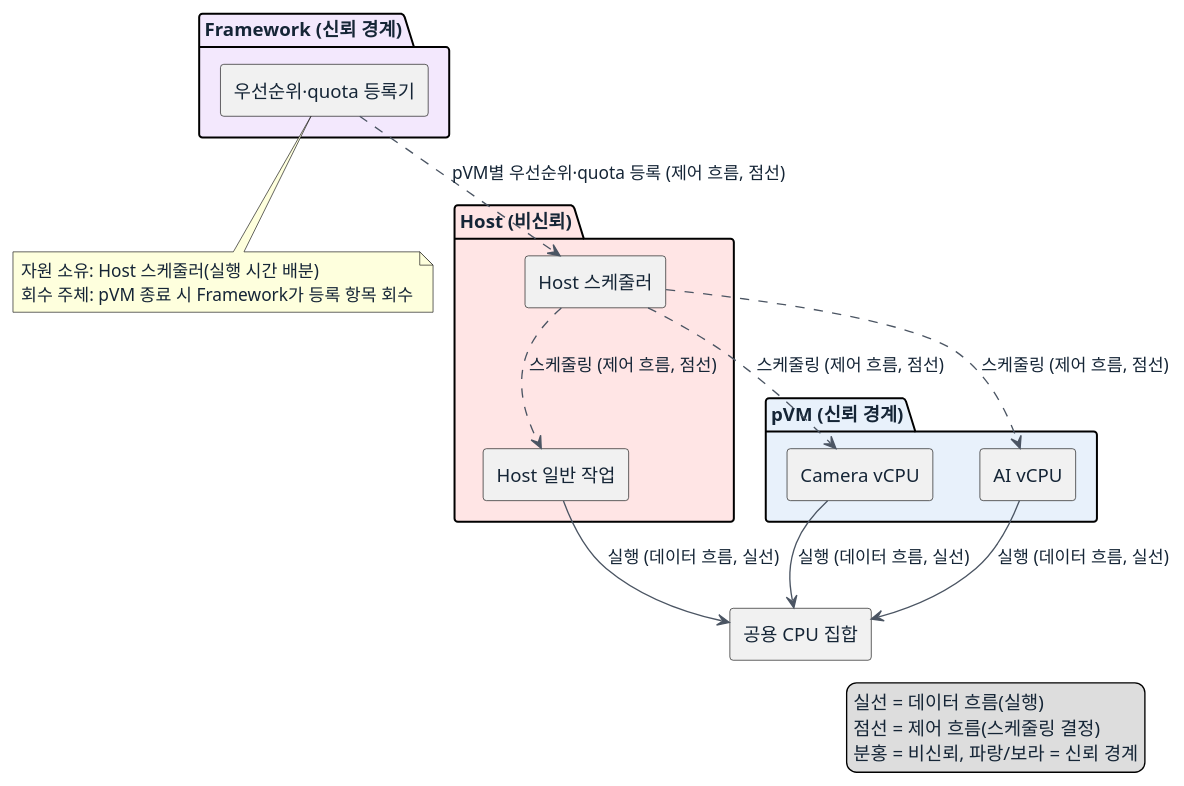
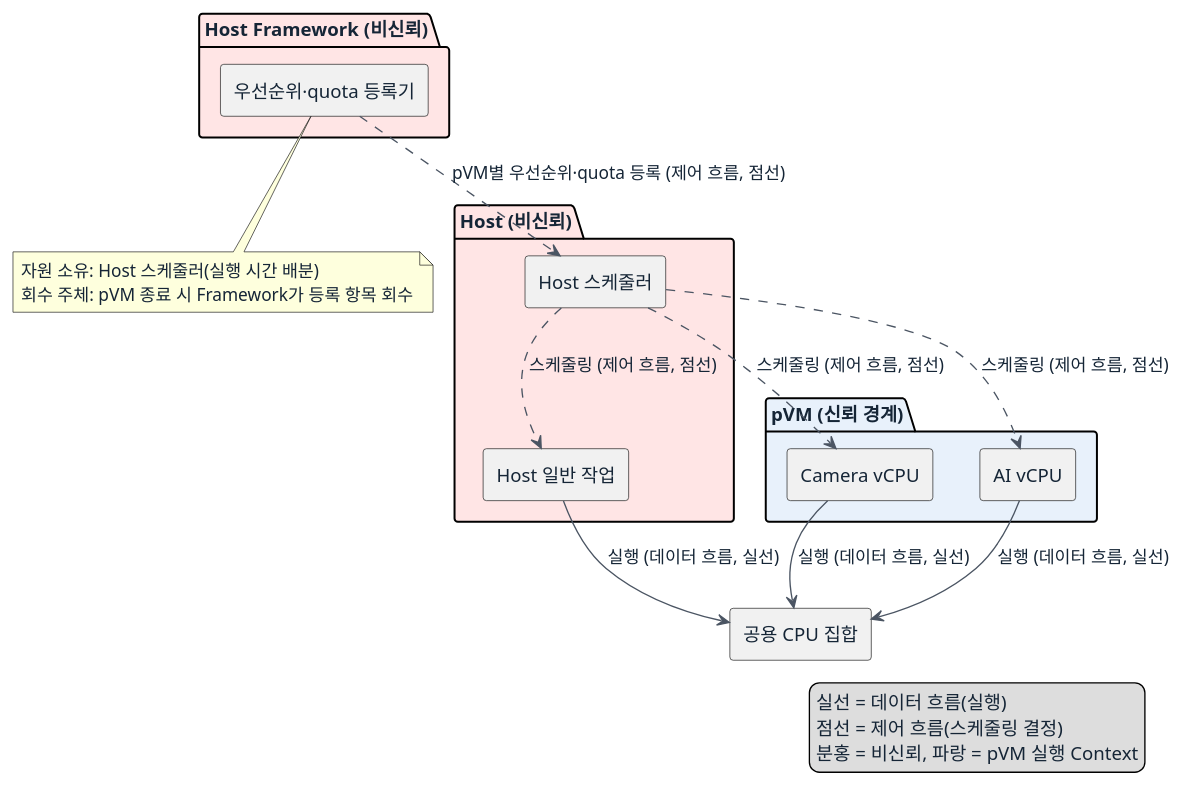
The second of 2 diagrams in docs-dp/DP-08.md (boram1288/test-p), drawn with PlantUML before and after one commit. The commit also changed other lines of this file and 13 other files, not shown here.

Commit message:
Document all architecture decision points

````diff
--- a/docs-dp/DP-08.md
+++ b/docs-dp/DP-08.md
@@ -93,44 +95,44 @@
 ```plantuml
 @startuml
 skinparam shadowing false
 skinparam componentStyle rectangle
 skinparam ArrowColor #4B5563
 skinparam defaultFontColor #152536
 
 package "Host (비신뢰)" #FFE5E5 {
   [Host 일반 작업] as HostTask
   [Host 스케줄러] as Sched
 }
 
-package "Framework (신뢰 경계)" #F3E8FD {
+package "Host Framework (비신뢰)" #FFE5E5 {
   [우선순위·quota 등록기] as QoSReg
 }
 
 package "pVM (신뢰 경계)" #E8F1FB {
   [Camera vCPU] as CamCPU
   [AI vCPU] as AICPU
 }
 
 [공용 CPU 집합] as SharedCPU
 
 QoSReg ..> Sched : pVM별 우선순위·quota 등록 (제어 흐름, 점선)
 Sched ..> HostTask : 스케줄링 (제어 흐름, 점선)
 Sched ..> CamCPU : 스케줄링 (제어 흐름, 점선)
 Sched ..> AICPU : 스케줄링 (제어 흐름, 점선)
 
 HostTask -down-> SharedCPU : 실행 (데이터 흐름, 실선)
 CamCPU -down-> SharedCPU : 실행 (데이터 흐름, 실선)
 AICPU -down-> SharedCPU : 실행 (데이터 흐름, 실선)
 
 note bottom of QoSReg
   자원 소유: Host 스케줄러(실행 시간 배분)
   회수 주체: pVM 종료 시 Framework가 등록 항목 회수
 end note
 
 legend right
   실선 = 데이터 흐름(실행)
   점선 = 제어 흐름(스케줄링 결정)
-  분홍 = 비신뢰, 파랑/보라 = 신뢰 경계
+  분홍 = 비신뢰, 파랑 = pVM 실행 Context
 endlegend
 @enduml
 ```
````
